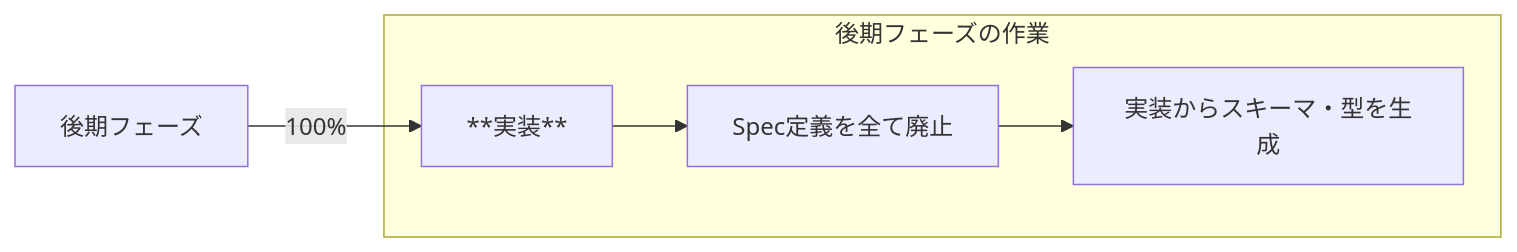
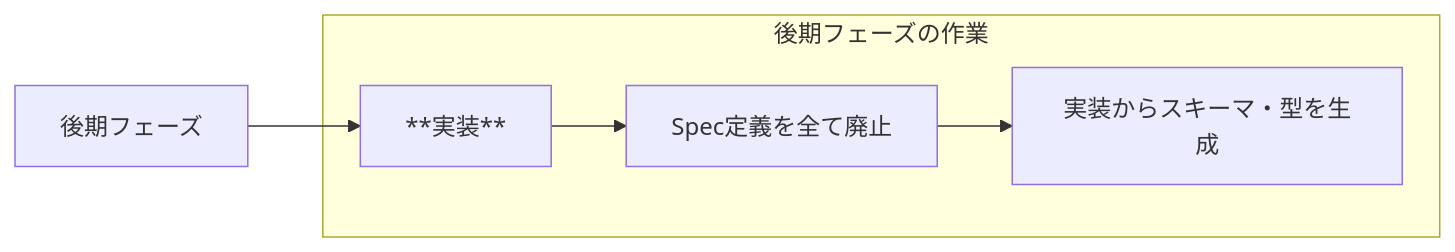
One commit to Hal-Spidernight/slide_tskaigi_hokuriku changed the fourth of 4 diagrams in pages/section5.md. Above: the diagram before and after it, drawn with Mermaid. The commit also changed other lines of this file, not shown here.

Commit message:
fix: graph position

````diff
--- a/pages/section5.md
+++ b/pages/section5.md
@@ -320,9 +320,9 @@
 ```mermaid {scale:0.6}
 graph LR
- B4[後期フェーズ] -- 100% --> C1[**実装**];
+ B4[後期フェーズ] --> C1[**実装**];
 
     subgraph 後期フェーズの作業
         C1 --> C2[Spec定義を全て廃止];
         C2 --> C3[実装からスキーマ・型を生成]
     end
 ```
````
